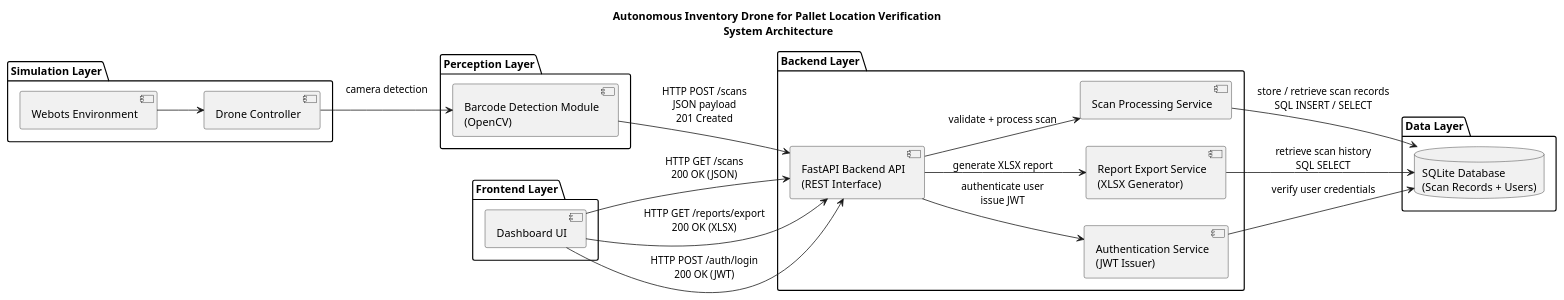
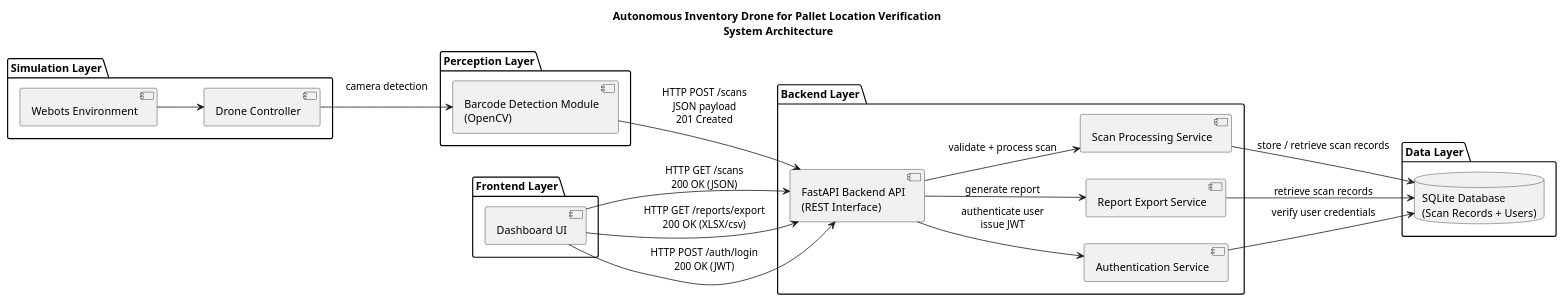
Before and after one commit to suchithgali/webots-sim: the diagram in docs/architecture/component_diagram.puml, drawn with PlantUML.

Commit message:
minor changes for better visibility

```diff
--- a/docs/architecture/component_diagram.puml
+++ b/docs/architecture/component_diagram.puml
@@ -1,47 +1,47 @@
 @startuml
 left to right direction
 
 title Autonomous Inventory Drone for Pallet Location Verification\n System Architecture
 
 package "Simulation Layer" {
   component "Webots Environment" as Webots
   component "Drone Controller" as DroneController
 }
 
 package "Perception Layer" {
   component "Barcode Detection Module\n(OpenCV)" as BarcodeCV
 }
 
 package "Frontend Layer" {
   component "Dashboard UI" as Frontend
 }
 
 package "Backend Layer" {
   component "FastAPI Backend API\n(REST Interface)" as API
   component "Scan Processing Service" as ScanService
-  component "Report Export Service\n(XLSX Generator)" as ExportService
-  component "Authentication Service\n(JWT Issuer)" as AuthService
+  component "Report Export Service" as ExportService
+  component "Authentication Service" as AuthService
 }
 
 package "Data Layer" {
   database "SQLite Database\n(Scan Records + Users)" as DB
 }
 
 Webots --> DroneController
 DroneController --> BarcodeCV : camera detection\n
 
 BarcodeCV --> API : HTTP POST /scans\nJSON payload\n201 Created
 
 Frontend --> API : HTTP GET /scans\n200 OK (JSON)
-Frontend --> API : HTTP GET /reports/export\n200 OK (XLSX)
+Frontend --> API : HTTP GET /reports/export\n200 OK (XLSX/csv)
 Frontend --> API : HTTP POST /auth/login\n200 OK (JWT)
 
 API --> ScanService : validate + process scan
-API --> ExportService : generate XLSX report
+API --> ExportService : generate report
 API --> AuthService : authenticate user\nissue JWT
 
-ScanService --> DB : store / retrieve scan records\nSQL INSERT / SELECT
-ExportService --> DB : retrieve scan history\nSQL SELECT
+ScanService --> DB : store / retrieve scan records
+ExportService --> DB : retrieve scan records
 AuthService --> DB : verify user credentials
 
 @enduml
```
